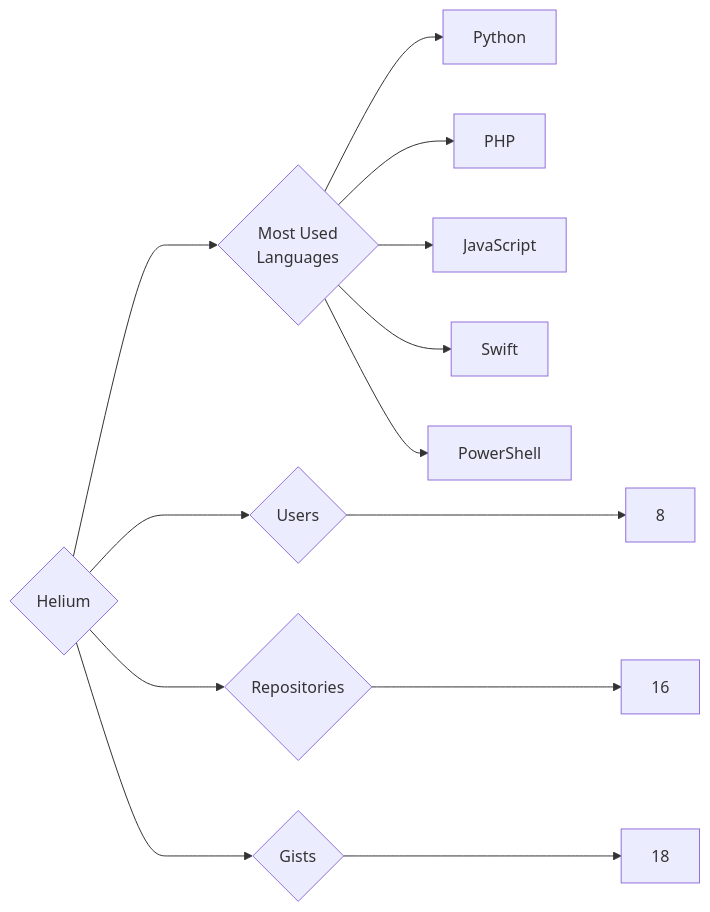
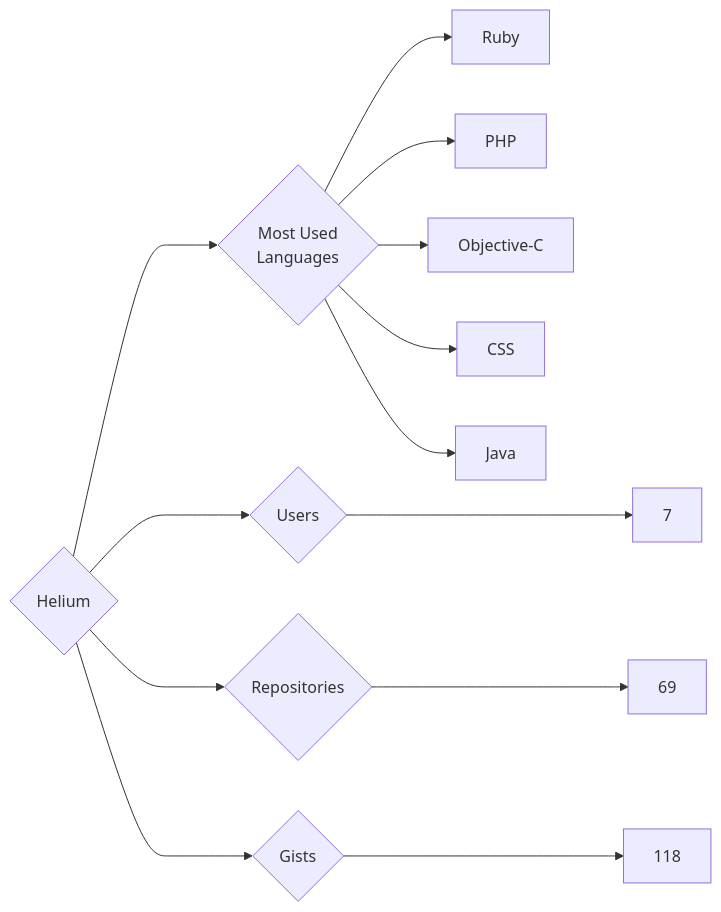
The diagram in targets/Helium/README.md (trickest/insiders), drawn with Mermaid before and after one commit. The commit also changed 859 other files, not shown here.

````diff
--- a/targets/Helium/README.md
+++ b/targets/Helium/README.md
@@ -3,13 +3,13 @@
 ```mermaid
 graph LR
 COMPANY_NAME{Helium}
-COMPANY_NAME ---> U{Users} ---> UN[8]
-COMPANY_NAME ---> R{Repositories} ---> RN[16]
-COMPANY_NAME ---> G{Gists} ---> GN[18]
+COMPANY_NAME ---> U{Users} ---> UN[7]
+COMPANY_NAME ---> R{Repositories} ---> RN[69]
+COMPANY_NAME ---> G{Gists} ---> GN[118]
 COMPANY_NAME ---> ML{Most Used<br>Languages}
-ML --> Python[Python]
+ML --> Ruby[Ruby]
 ML --> PHP[PHP]
-ML --> JavaScript[JavaScript]
-ML --> Swift[Swift]
-ML --> PowerShell[PowerShell]
+ML --> Objective-C[Objective-C]
+ML --> CSS[CSS]
+ML --> Java[Java]
 ```
````
